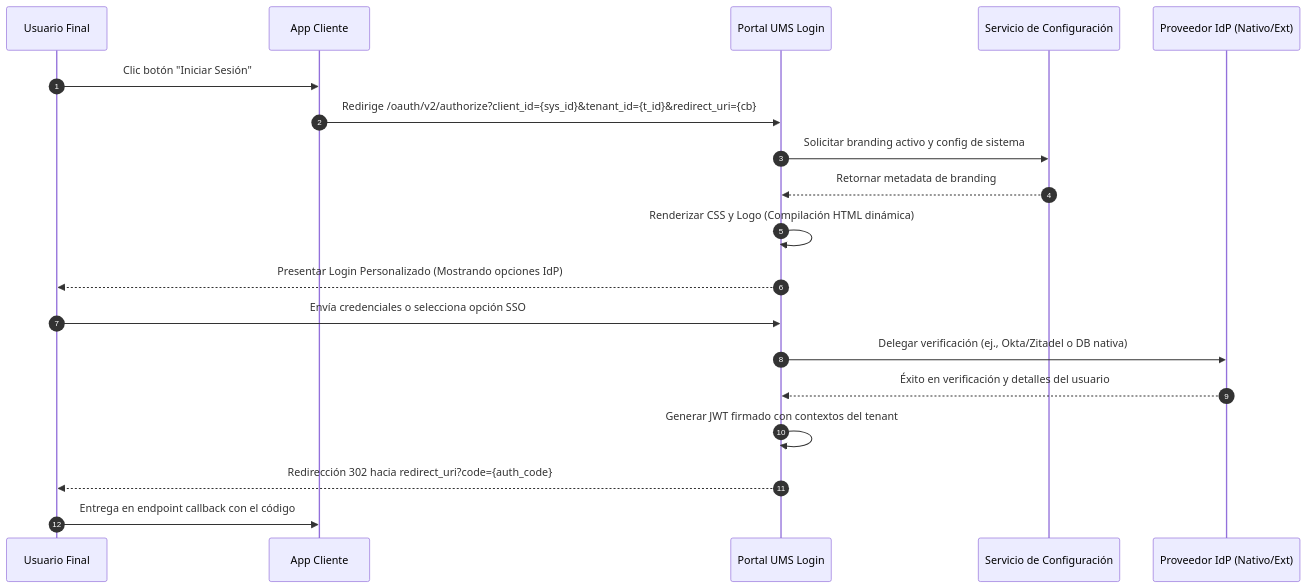
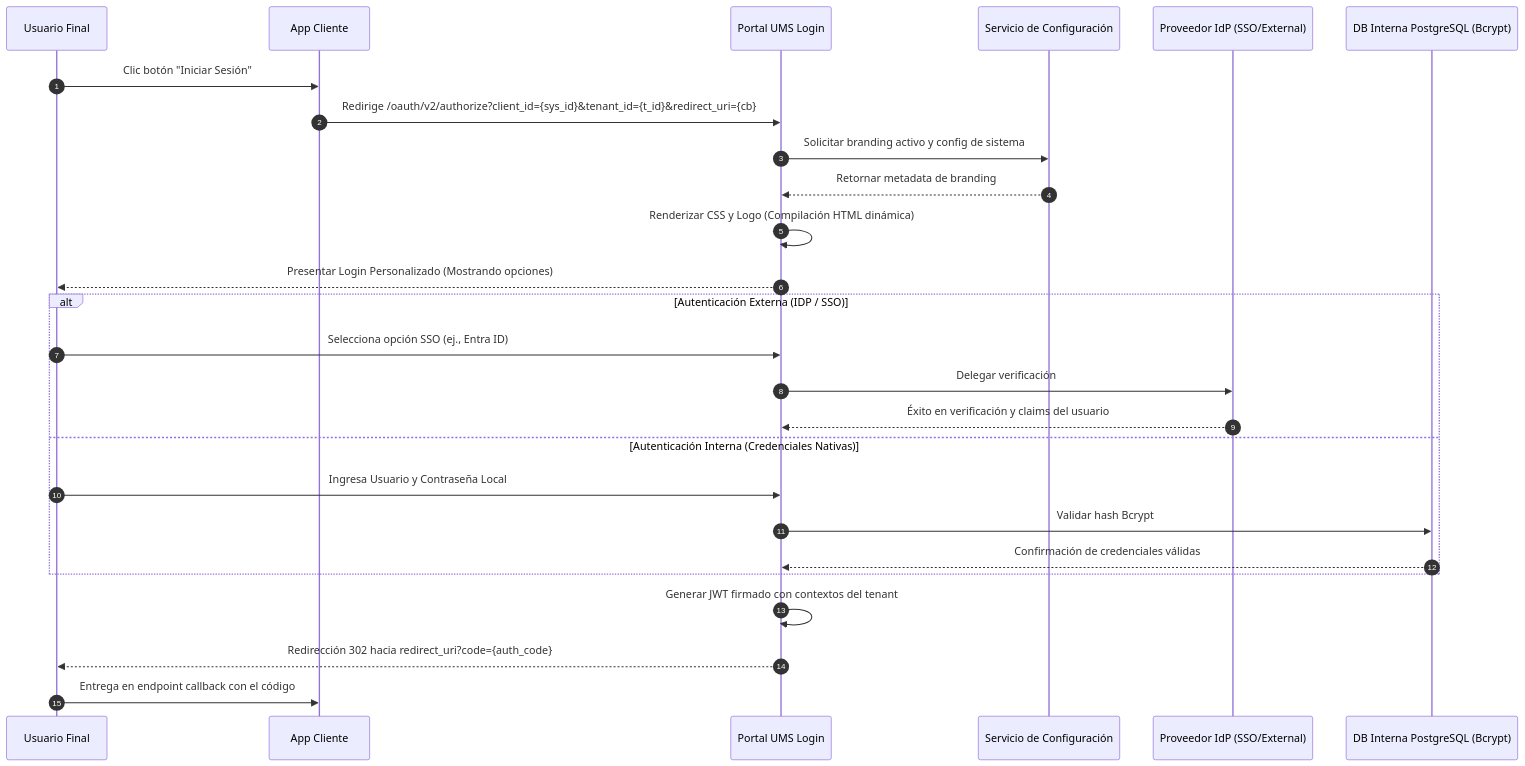
Before and after one commit to beyondnetcode/ums: the diagram in src/ums-workspace/docs/es/01-requirements/usecases/uc-10-hosted-login-redirection.md, drawn with Mermaid. The commit also changed 3 other files, not shown here.

Commit message:
docs: update diagrams across architecture and use cases to integrate UC-12 and explicitly branch IDP vs Native Auth

````diff
--- a/src/ums-workspace/docs/es/01-requirements/usecases/uc-10-hosted-login-redirection.md
+++ b/src/ums-workspace/docs/es/01-requirements/usecases/uc-10-hosted-login-redirection.md
@@ -20,24 +20,31 @@
 ```mermaid
 sequenceDiagram
     autonumber
     participant User as Usuario Final
     participant App as App Cliente
     participant HostedLogin as Portal UMS Login
     participant ConfigAPI as Servicio de Configuración
-    participant IdP as Proveedor IdP (Nativo/Ext)
+    participant IdP as Proveedor IdP (SSO/External)
+    participant DB as DB Interna PostgreSQL (Bcrypt)
 
     User->>App: Clic botón "Iniciar Sesión"
     App->>HostedLogin: Redirige /oauth/v2/authorize?client_id={sys_id}&tenant_id={t_id}&redirect_uri={cb}
     HostedLogin->>ConfigAPI: Solicitar branding activo y config de sistema
     ConfigAPI-->>HostedLogin: Retornar metadata de branding
     HostedLogin->>HostedLogin: Renderizar CSS y Logo (Compilación HTML dinámica)
-    HostedLogin-->>User: Presentar Login Personalizado (Mostrando opciones IdP)
+    HostedLogin-->>User: Presentar Login Personalizado (Mostrando opciones)
     
-    User->>HostedLogin: Envía credenciales o selecciona opción SSO
-    HostedLogin->>IdP: Delegar verificación (ej., Okta/Zitadel o DB nativa)
-    IdP-->>HostedLogin: Éxito en verificación y detalles del usuario
+    alt Autenticación Externa (IDP / SSO)
+        User->>HostedLogin: Selecciona opción SSO (ej., Entra ID)
+        HostedLogin->>IdP: Delegar verificación
+        IdP-->>HostedLogin: Éxito en verificación y claims del usuario
+    else Autenticación Interna (Credenciales Nativas)
+        User->>HostedLogin: Ingresa Usuario y Contraseña Local
+        HostedLogin->>DB: Validar hash Bcrypt
+        DB-->>HostedLogin: Confirmación de credenciales válidas
+    end
     
     HostedLogin->>HostedLogin: Generar JWT firmado con contextos del tenant
     HostedLogin-->>User: Redirección 302 hacia redirect_uri?code={auth_code}
     User->>App: Entrega en endpoint callback con el código
 ```
````
